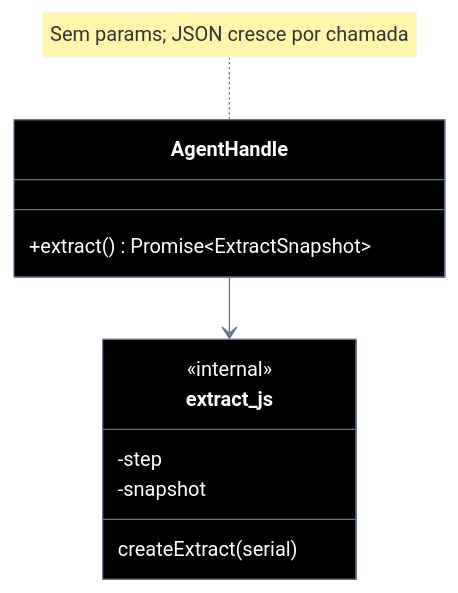
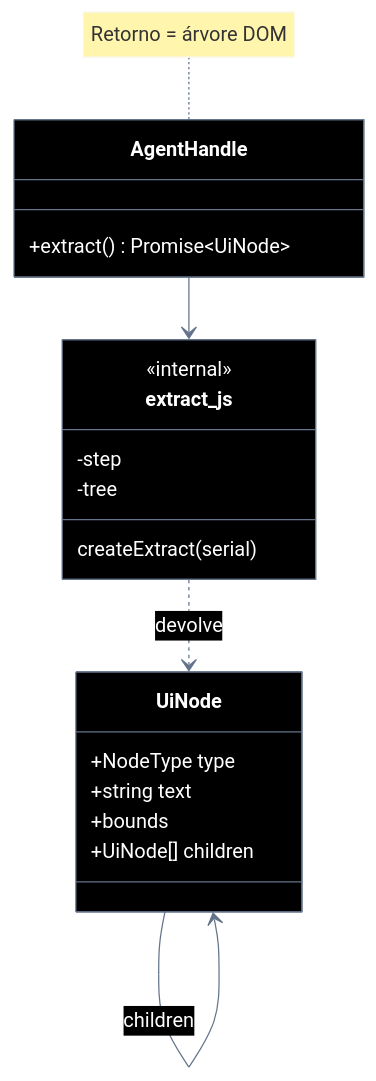
One commit to laerciogermano/workstation changed the second of 2 diagrams in connectmax/screen-robot/implementation-plan/EP-05-extrair-elementos.md. Above: the diagram before and after it, drawn with Mermaid. The commit also changed other lines of this file and 2 other files, not shown here.

First line of the commit message:
Define o retorno de extract() no EP-05 como árvore DOM com elementos em nodes.

````diff
--- a/connectmax/screen-robot/implementation-plan/EP-05-extrair-elementos.md
+++ b/connectmax/screen-robot/implementation-plan/EP-05-extrair-elementos.md
@@ -183,39 +275,47 @@
 ```mermaid
 ---
 config:
   theme: base
   themeVariables:
     darkMode: true
     background: '#000000'
     primaryColor: '#000000'
     primaryTextColor: '#ffffff'
     primaryBorderColor: '#64748b'
     secondaryColor: '#000000'
     secondaryTextColor: '#ffffff'
     secondaryBorderColor: '#64748b'
     tertiaryColor: '#000000'
     tertiaryTextColor: '#ffffff'
     tertiaryBorderColor: '#64748b'
     lineColor: '#64748b'
     textColor: '#ffffff'
     mainBkg: '#000000'
     nodeBorder: '#64748b'
     clusterBkg: '#000000'
     clusterBorder: '#333333'
     titleColor: '#ffffff'
     classText: '#ffffff'
 ---
 classDiagram
   direction TB
   class AgentHandle {
-    +extract() Promise~ExtractSnapshot~
+    +extract() Promise~UiNode~
+  }
+  class UiNode {
+    +NodeType type
+    +string text
+    +bounds
+    +UiNode[] children
   }
   class extract_js {
     <<internal>>
     createExtract(serial)
     -step
-    -snapshot
+    -tree
   }
-  note for AgentHandle "Sem params; JSON cresce por chamada"
+  note for AgentHandle "Retorno = árvore DOM"
   AgentHandle --> extract_js
+  extract_js ..> UiNode : devolve
+  UiNode --> UiNode : children
 ```
````
